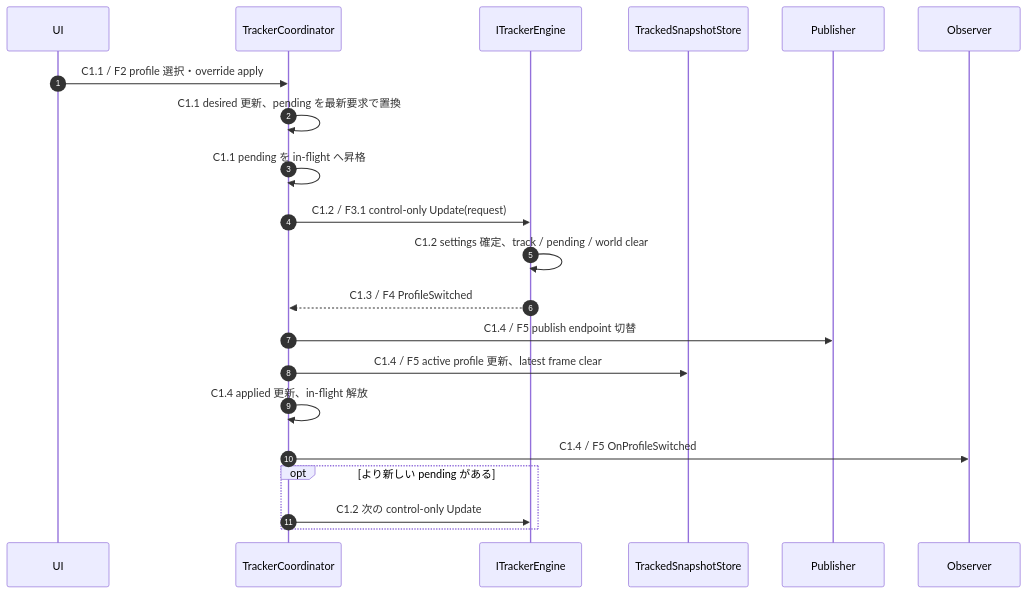
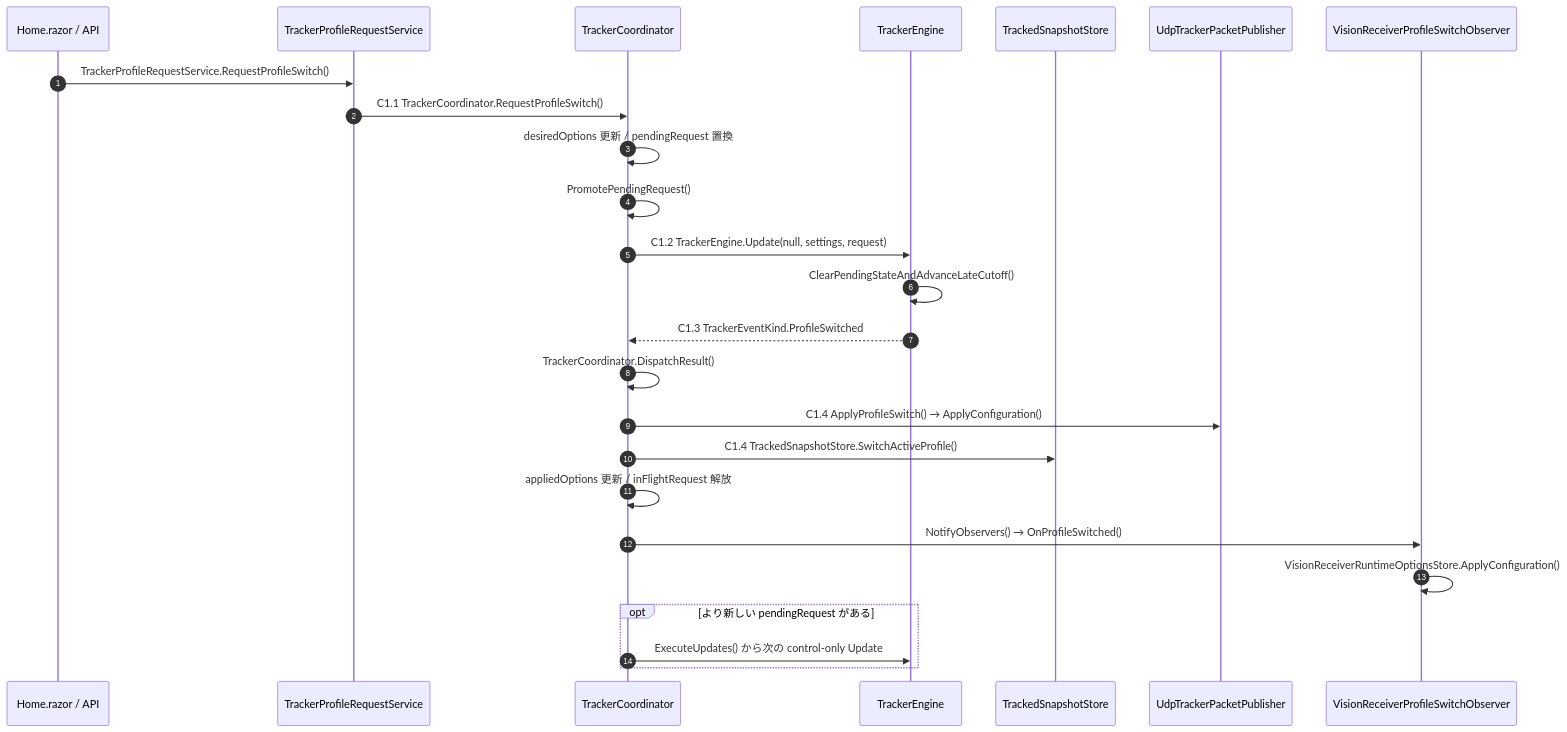
The tenth of 11 diagrams in Tracker/Design/Core/tracker-architecture-plan.md (ibis-ssl/Duck), drawn with Mermaid before and after one commit. The commit also changed other lines of this file, not shown here.

Commit message:
docs(tracker): フロー図を実装クラスとメソッドへ対応付ける

````diff
--- a/Tracker/Design/Core/tracker-architecture-plan.md
+++ b/Tracker/Design/Core/tracker-architecture-plan.md
@@ -396,24 +409,28 @@
 ```mermaid
 sequenceDiagram
     autonumber
-    participant UI
+    participant UI as Home.razor / API
+    participant R as TrackerProfileRequestService
     participant C as TrackerCoordinator
-    participant E as ITrackerEngine
+    participant E as TrackerEngine
     participant S as TrackedSnapshotStore
-    participant P as Publisher
-    participant O as Observer
+    participant P as UdpTrackerPacketPublisher
+    participant O as VisionReceiverProfileSwitchObserver
 
-    UI->>C: C1.1 / F2 profile 選択・override apply
-    C->>C: C1.1 desired 更新、pending を最新要求で置換
-    C->>C: C1.1 pending を in-flight へ昇格
-    C->>E: C1.2 / F3.1 control-only Update(request)
-    E->>E: C1.2 settings 確定、track / pending / world clear
-    E-->>C: C1.3 / F4 ProfileSwitched
-    C->>P: C1.4 / F5 publish endpoint 切替
-    C->>S: C1.4 / F5 active profile 更新、latest frame clear
-    C->>C: C1.4 applied 更新、in-flight 解放
-    C->>O: C1.4 / F5 OnProfileSwitched
-    opt より新しい pending がある
-        C->>E: C1.2 次の control-only Update
+    UI->>R: TrackerProfileRequestService.RequestProfileSwitch()
+    R->>C: C1.1 TrackerCoordinator.RequestProfileSwitch()
+    C->>C: desiredOptions 更新 / pendingRequest 置換
+    C->>C: PromotePendingRequest()
+    C->>E: C1.2 TrackerEngine.Update(null, settings, request)
+    E->>E: ClearPendingStateAndAdvanceLateCutoff()
+    E-->>C: C1.3 TrackerEventKind.ProfileSwitched
+    C->>C: TrackerCoordinator.DispatchResult()
+    C->>P: C1.4 ApplyProfileSwitch() → ApplyConfiguration()
+    C->>S: C1.4 TrackedSnapshotStore.SwitchActiveProfile()
+    C->>C: appliedOptions 更新 / inFlightRequest 解放
+    C->>O: NotifyObservers() → OnProfileSwitched()
+    O->>O: VisionReceiverRuntimeOptionsStore.ApplyConfiguration()
+    opt より新しい pendingRequest がある
+        C->>E: ExecuteUpdates() から次の control-only Update
     end
 ```
````
